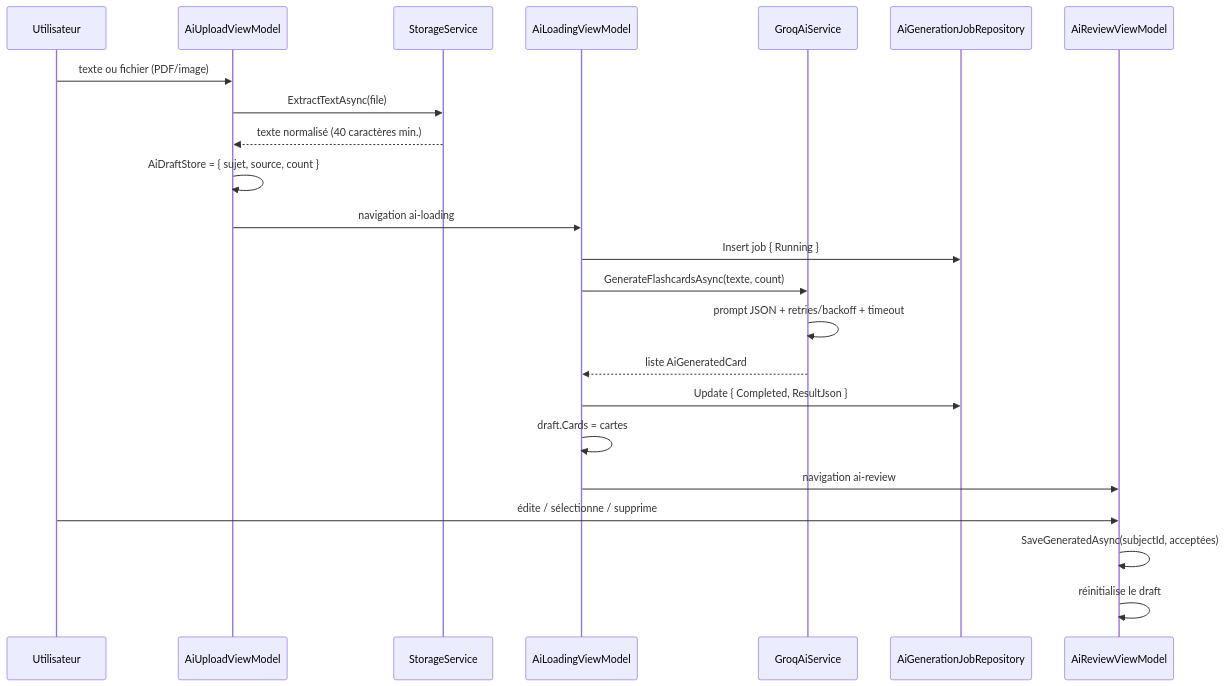
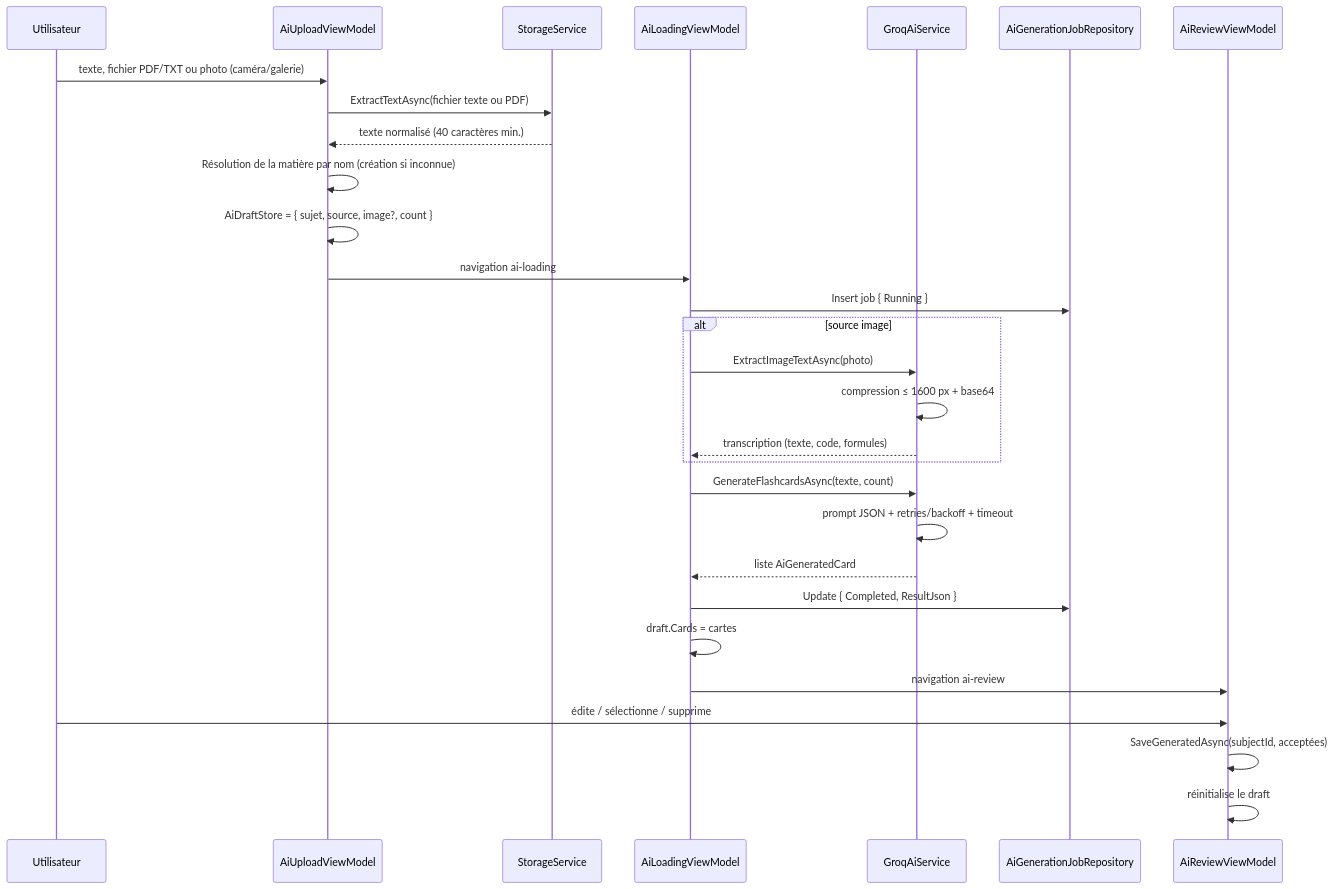
One commit to nonochristelle12-crypto/FlashRevise-MAUI changed the fourth of 6 diagrams in ARCHITECTURE.md. Above: the diagram before and after it, drawn with Mermaid. The commit also changed other lines of this file and 35 other files, not shown here.

````diff
--- a/ARCHITECTURE.md
+++ b/ARCHITECTURE.md
@@ -297,26 +299,32 @@
 ```mermaid
 sequenceDiagram
     participant U as Utilisateur
     participant UV as AiUploadViewModel
     participant ST as StorageService
     participant LV as AiLoadingViewModel
     participant AI as GroqAiService
     participant J as AiGenerationJobRepository
     participant RV as AiReviewViewModel
 
-    U->>UV: texte ou fichier (PDF/image)
-    UV->>ST: ExtractTextAsync(file)
+    U->>UV: texte, fichier PDF/TXT ou photo (caméra/galerie)
+    UV->>ST: ExtractTextAsync(fichier texte ou PDF)
     ST-->>UV: texte normalisé (40 caractères min.)
-    UV->>UV: AiDraftStore = { sujet, source, count }
+    UV->>UV: Résolution de la matière par nom (création si inconnue)
+    UV->>UV: AiDraftStore = { sujet, source, image?, count }
     UV->>LV: navigation ai-loading
     LV->>J: Insert job { Running }
+    alt source image
+        LV->>AI: ExtractImageTextAsync(photo)
+        AI->>AI: compression ≤ 1600 px + base64
+        AI-->>LV: transcription (texte, code, formules)
+    end
     LV->>AI: GenerateFlashcardsAsync(texte, count)
     AI->>AI: prompt JSON + retries/backoff + timeout
     AI-->>LV: liste AiGeneratedCard
     LV->>J: Update { Completed, ResultJson }
     LV->>LV: draft.Cards = cartes
     LV->>RV: navigation ai-review
     U->>RV: édite / sélectionne / supprime
     RV->>RV: SaveGeneratedAsync(subjectId, acceptées)
     RV->>RV: réinitialise le draft
 ```
````
